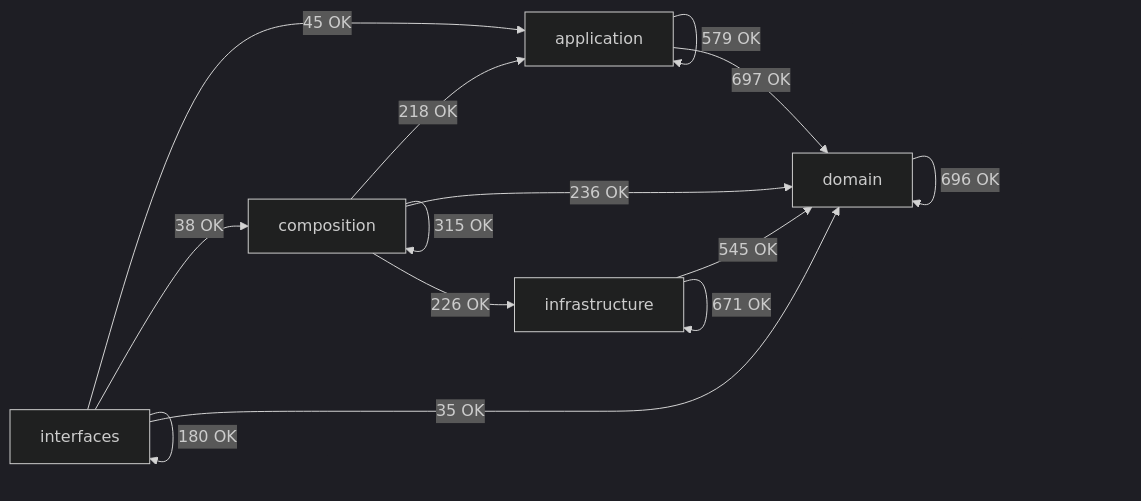
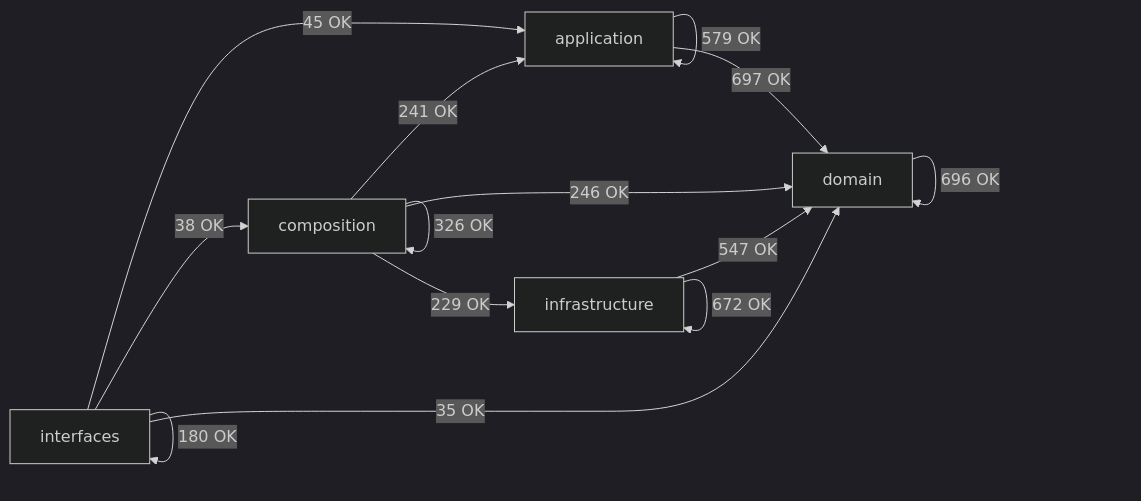
One commit to SatoryKono/BioactivityDataAcquisition changed the diagram in docs/02-architecture/generated/module-dependency-map.md. Above: the diagram before and after it, drawn with Mermaid (dark theme). The commit also changed other lines of this file and 134 other files, not shown here.

````diff
--- a/docs/02-architecture/generated/module-dependency-map.md
+++ b/docs/02-architecture/generated/module-dependency-map.md
@@ -16,21 +16,21 @@
 ```mermaid
 flowchart LR
     domain[domain]
     application[application]
     infrastructure[infrastructure]
     composition[composition]
     interfaces[interfaces]
     application -->|579 OK| application
     application -->|697 OK| domain
-    composition -->|218 OK| application
-    composition -->|315 OK| composition
-    composition -->|236 OK| domain
-    composition -->|226 OK| infrastructure
+    composition -->|241 OK| application
+    composition -->|326 OK| composition
+    composition -->|246 OK| domain
+    composition -->|229 OK| infrastructure
     domain -->|696 OK| domain
-    infrastructure -->|545 OK| domain
-    infrastructure -->|671 OK| infrastructure
+    infrastructure -->|547 OK| domain
+    infrastructure -->|672 OK| infrastructure
     interfaces -->|45 OK| application
     interfaces -->|38 OK| composition
     interfaces -->|35 OK| domain
     interfaces -->|180 OK| interfaces
 ```
````
